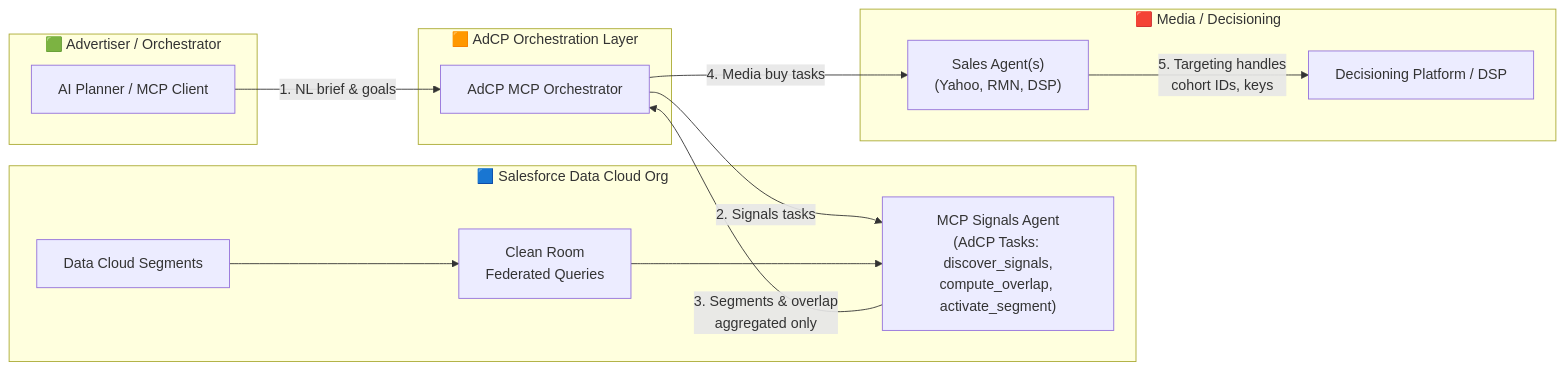
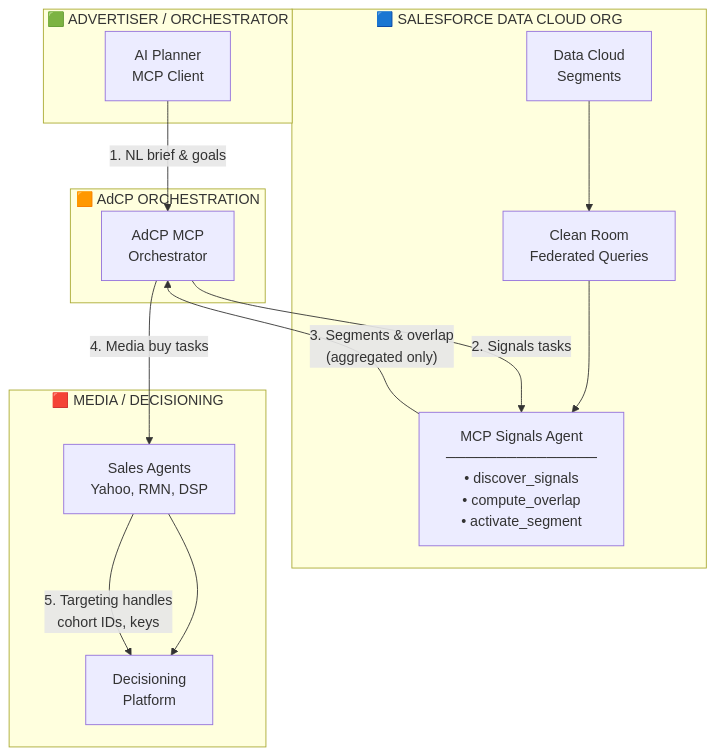
Before and after one commit to arupsarkar-sfdc/admcp-media-app: the first of 6 diagrams in ADCP_DATACLOUD_INTEGRATION_PATTERNS.md, drawn with Mermaid. The commit also changed other lines of this file, not shown here.

Commit message:
Fix: Cleaned up the texts in the diagrams

````diff
--- a/ADCP_DATACLOUD_INTEGRATION_PATTERNS.md
+++ b/ADCP_DATACLOUD_INTEGRATION_PATTERNS.md
@@ -20,30 +20,32 @@
 ```mermaid
-flowchart LR
-    subgraph Buyer["🟩 Advertiser / Orchestrator"]
-        PLAN[AI Planner / MCP Client]
+flowchart TB
+    subgraph BUYER ["🟩 ADVERTISER / ORCHESTRATOR"]
+        PLAN["AI Planner<br/>MCP Client"]
     end
 
-    subgraph SFDC["🟦 Salesforce Data Cloud Org"]
-        DC[Data Cloud Segments]
-        CR[Clean Room<br/>Federated Queries]
-        SF_SIG["MCP Signals Agent<br/>(AdCP Tasks: discover_signals,<br/>compute_overlap, activate_segment)"]
+    subgraph ADCP_LAYER ["🟧 AdCP ORCHESTRATION"]
+        ORCH["AdCP MCP<br/>Orchestrator"]
     end
 
-    subgraph AdCP["🟧 AdCP Orchestration Layer"]
-        ORCH[AdCP MCP Orchestrator]
+    subgraph SFDC ["🟦 SALESFORCE DATA CLOUD ORG"]
+        DC["Data Cloud<br/>Segments"]
+        CR["Clean Room<br/>Federated Queries"]
+        SF_SIG["MCP Signals Agent<br/>───────────────<br/>• discover_signals<br/>• compute_overlap<br/>• activate_segment"]
+        
+        DC --> CR
+        CR --> SF_SIG
     end
 
-    subgraph Media["🟥 Media / Decisioning"]
-        SALES["Sales Agent(s)<br/>(Yahoo, RMN, DSP)"]
-        DSP["Decisioning Platform / DSP"]
+    subgraph MEDIA ["🟥 MEDIA / DECISIONING"]
+        SALES["Sales Agents<br/>Yahoo, RMN, DSP"]
+        DSP["Decisioning<br/>Platform"]
+        
+        SALES --> DSP
     end
 
-    PLAN -->|1. NL brief & goals| ORCH
-    ORCH -->|2. Signals tasks| SF_SIG
-    SF_SIG -->|3. Segments & overlap<br/>aggregated only| ORCH
-    ORCH -->|4. Media buy tasks| SALES
-    SALES -->|5. Targeting handles<br/>cohort IDs, keys| DSP
-
-    DC --> CR
-    CR --> SF_SIG
+    PLAN -->|"1. NL brief & goals"| ORCH
+    ORCH -->|"2. Signals tasks"| SF_SIG
+    SF_SIG -->|"3. Segments & overlap<br/>(aggregated only)"| ORCH
+    ORCH -->|"4. Media buy tasks"| SALES
+    SALES -->|"5. Targeting handles<br/>cohort IDs, keys"| DSP
 ```
````
